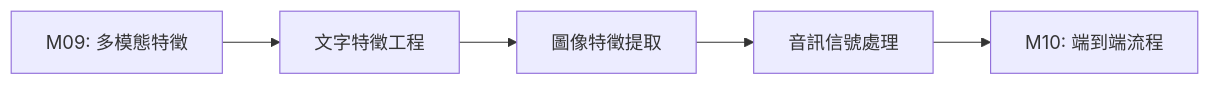
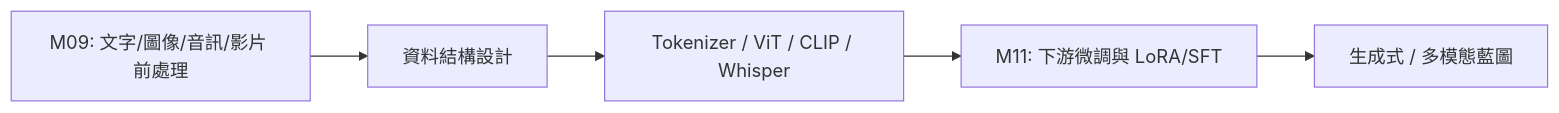
Before and after one commit to Zenobia000/iSpan_python-FE_DM-cookbooks: the third of 3 diagrams in README.md, drawn with Mermaid. The commit also changed other lines of this file and 7 other files, not shown here.

````diff
--- a/README.md
+++ b/README.md
@@ -198,7 +212,7 @@
 ```mermaid
 graph LR
-    A[M09: 多模態特徵] --> B[文字特徵工程]
-    B --> C[圖像特徵提取]
-    C --> D[音訊信號處理]
-    D --> E[M10: 端到端流程]
+    A[M09: 文字/圖像/音訊/影片 前處理] --> B[資料結構設計]
+    B --> C[Tokenizer / ViT / CLIP / Whisper]
+    C --> D[M11: 下游微調與 LoRA/SFT]
+    D --> E[生成式 / 多模態藍圖]
 ```
````
